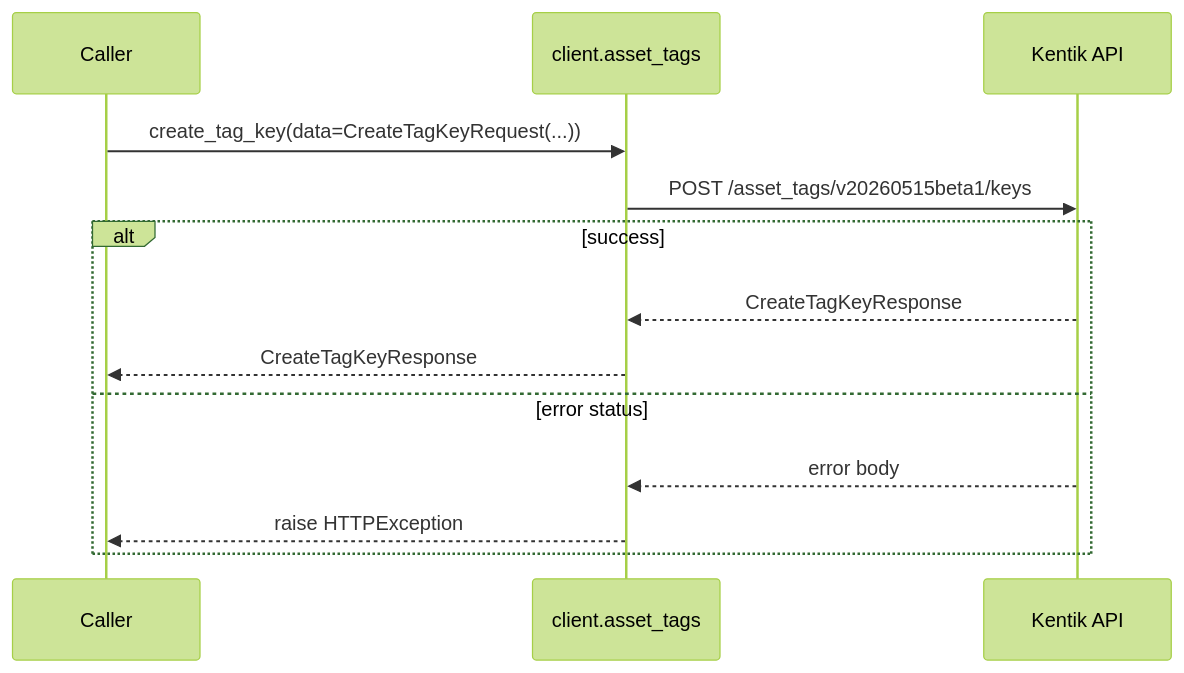
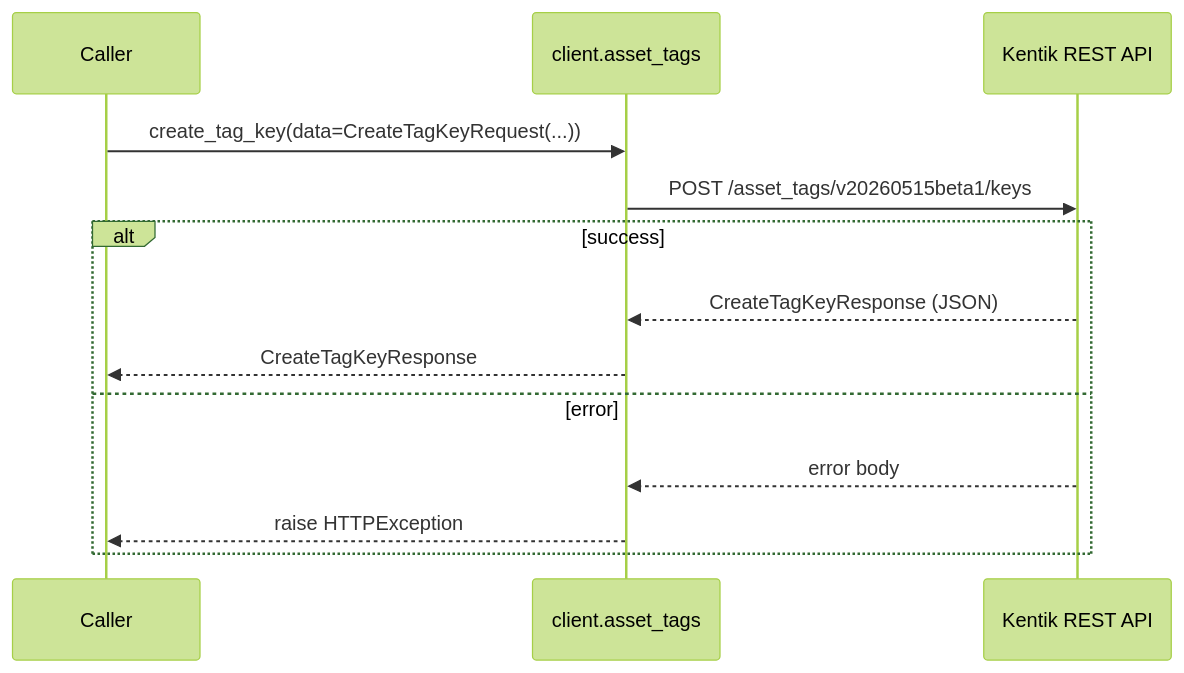
The sixth of 20 diagrams in docs/sphinx/services/asset_tags.md (alexdearaujo/community_sdk_python), drawn with Mermaid (forest theme) before and after one commit. The commit also changed other lines of this file and 61 other files, not shown here.

````diff
--- a/docs/sphinx/services/asset_tags.md
+++ b/docs/sphinx/services/asset_tags.md
@@ -127,16 +179,16 @@
 ```mermaid
 sequenceDiagram
     participant C as Caller
     participant W as client.asset_tags
-    participant API as Kentik API
+    participant API as Kentik REST API
 
     C->>W: create_tag_key(data=CreateTagKeyRequest(...))
     W->>API: POST /asset_tags/v20260515beta1/keys
     alt success
-        API-->>W: CreateTagKeyResponse
+        API-->>W: CreateTagKeyResponse (JSON)
         W-->>C: CreateTagKeyResponse
-    else error status
+    else error
         API-->>W: error body
         W-->>C: raise HTTPException
     end
 ```
````
